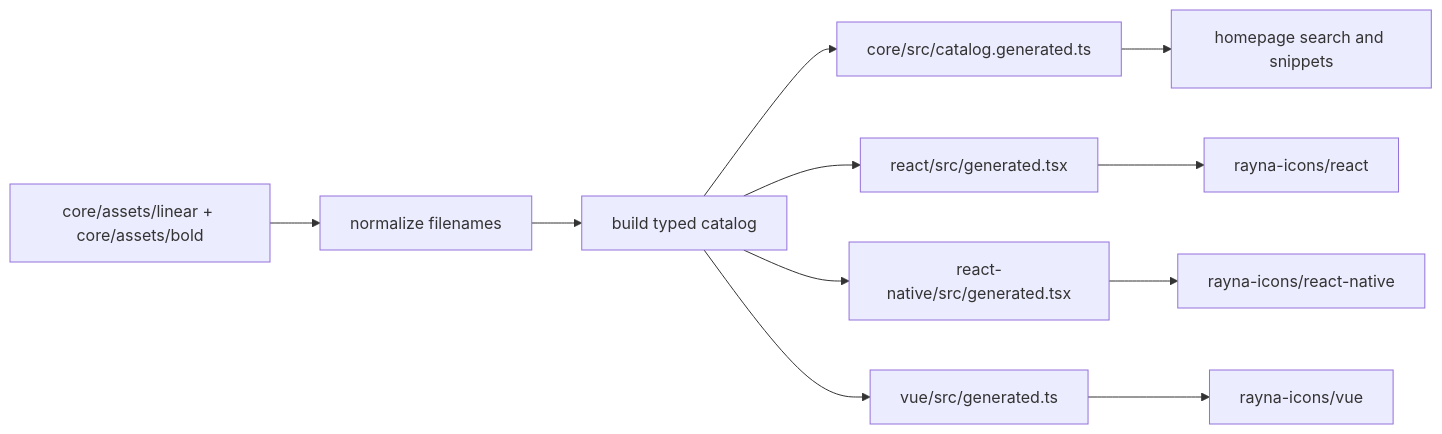
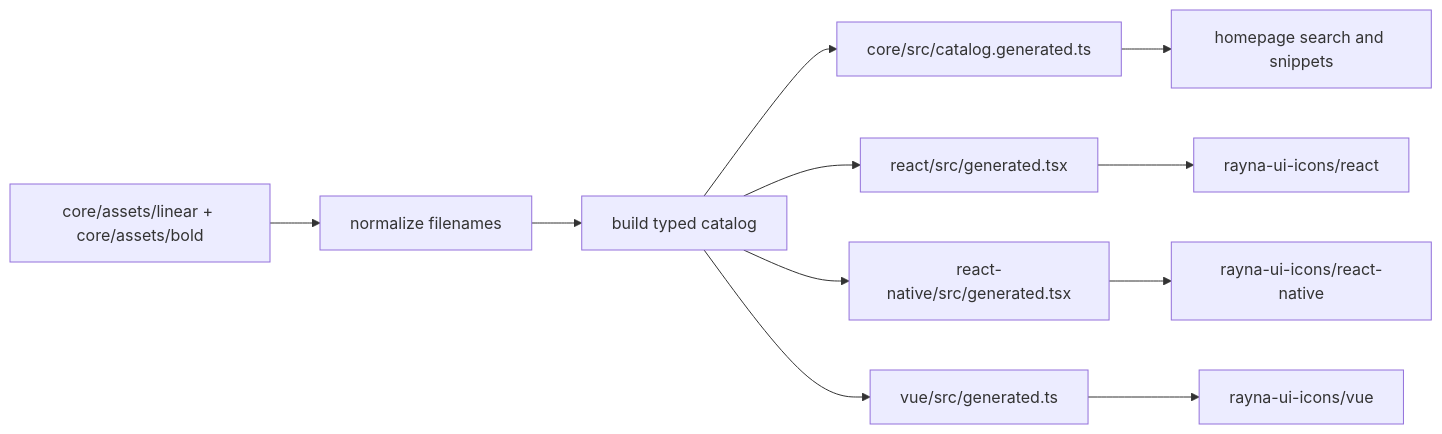
The diagram in core/CONTRIBUTING.mmd (emekauja/rayna-ui-icons), drawn with Mermaid before and after one commit. The commit also changed 7 other files, not shown here.

Commit message:
refactor: Rename package and all internal/external references from `rayna-icons` to `rayna-ui-icons`.

```diff
--- a/core/CONTRIBUTING.mmd
+++ b/core/CONTRIBUTING.mmd
@@ -1,11 +1,11 @@
 flowchart LR
   A[core/assets/linear + core/assets/bold] --> B[normalize filenames]
   B --> C[build typed catalog]
   C --> D[core/src/catalog.generated.ts]
   C --> E[react/src/generated.tsx]
   C --> F[react-native/src/generated.tsx]
   C --> G[vue/src/generated.ts]
   D --> H[homepage search and snippets]
-  E --> I[rayna-icons/react]
-  F --> J[rayna-icons/react-native]
-  G --> K[rayna-icons/vue]
+  E --> I[rayna-ui-icons/react]
+  F --> J[rayna-ui-icons/react-native]
+  G --> K[rayna-ui-icons/vue]
```
